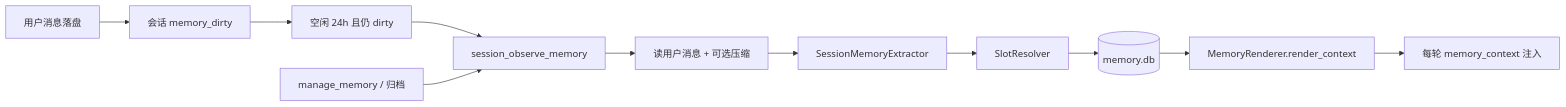
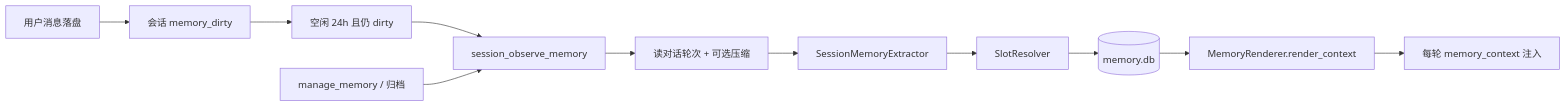
The diagram in docs/superpowers/specs/2026-08-07-memory-extraction-redesign.md (cnwinds/lore-chat), drawn with Mermaid before and after one commit. The commit also changed other lines of this file and 22 other files, not shown here.

````diff
--- a/docs/superpowers/specs/2026-08-07-memory-extraction-redesign.md
+++ b/docs/superpowers/specs/2026-08-07-memory-extraction-redesign.md
@@ -62,13 +62,13 @@
 ```mermaid
 flowchart LR
     MSG[用户消息落盘] --> DIRTY[会话 memory_dirty]
     DIRTY --> IDLE[空闲 24h 且仍 dirty]
     IDLE --> JOB[session_observe_memory]
     EXPLICIT[manage_memory / 归档] --> JOB
-    JOB --> READ[读用户消息 + 可选压缩]
+    JOB --> READ[读对话轮次 + 可选压缩]
     READ --> EXT[SessionMemoryExtractor]
     EXT --> RES[SlotResolver]
     RES --> MDB[(memory.db)]
     MDB --> RENDER[MemoryRenderer.render_context]
     RENDER --> INJECT[每轮 memory_context 注入]
 ```
````
